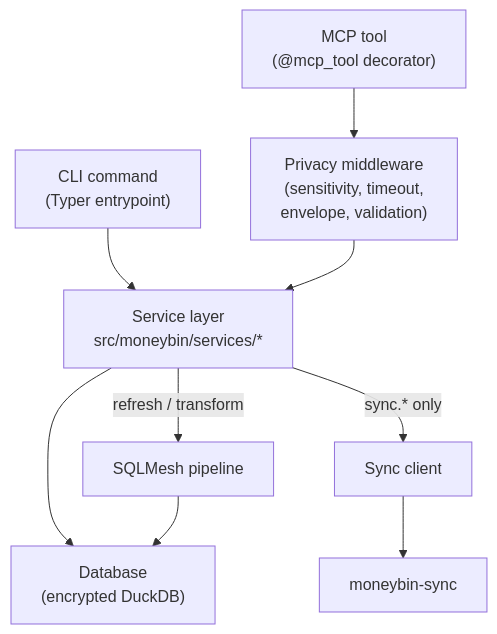
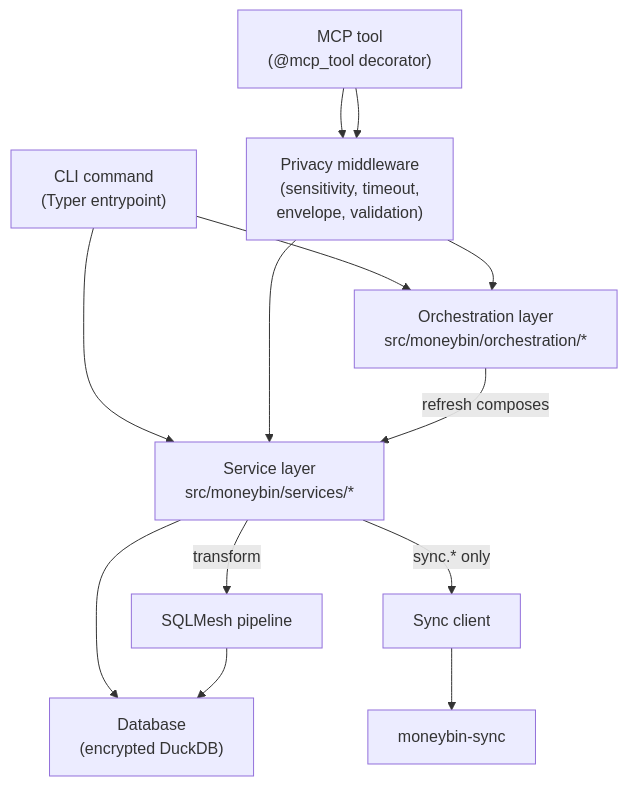
The second of 2 diagrams in docs/reference/system-overview.md (bsaffel/moneybin), drawn with Mermaid before and after one commit. The commit also changed other lines of this file and 47 other files, not shown here.

First line of the commit message:
Lift the refresh orchestrator above the services it composes (#518)

````diff
--- a/docs/reference/system-overview.md
+++ b/docs/reference/system-overview.md
@@ -48,19 +48,23 @@
 ```mermaid
 flowchart TD
   cli["CLI command<br/>(Typer entrypoint)"]
   tool["MCP tool<br/>(@mcp_tool decorator)"]
   mw["Privacy middleware<br/>(sensitivity, timeout,<br/>envelope, validation)"]
+  orch["Orchestration layer<br/>src/moneybin/orchestration/*"]
   svc["Service layer<br/>src/moneybin/services/*"]
   db["Database<br/>(encrypted DuckDB)"]
   sm["SQLMesh pipeline"]
   sync["Sync client"]
   srv["moneybin-sync"]
 
   cli --> svc
+  cli --> orch
   tool --> mw --> svc
+  tool --> mw --> orch
+  orch -->|refresh composes| svc
   svc --> db
-  svc -->|refresh / transform| sm
+  svc -->|transform| sm
   sm --> db
   svc -->|sync.* only| sync
   sync --> srv
 ```
````
